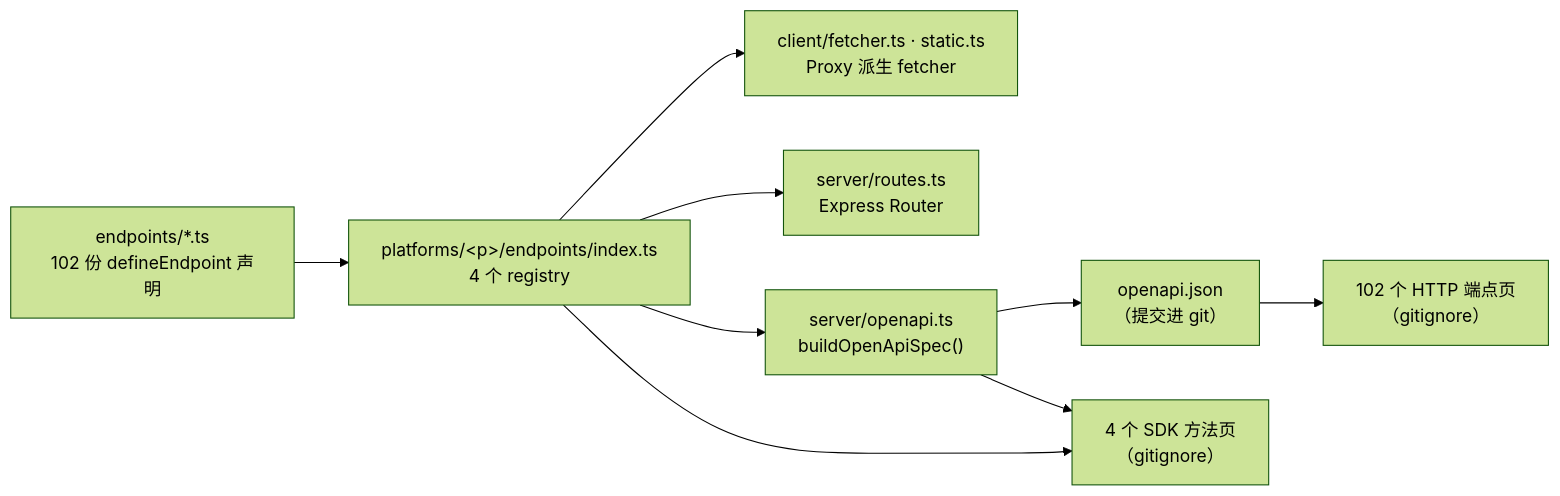
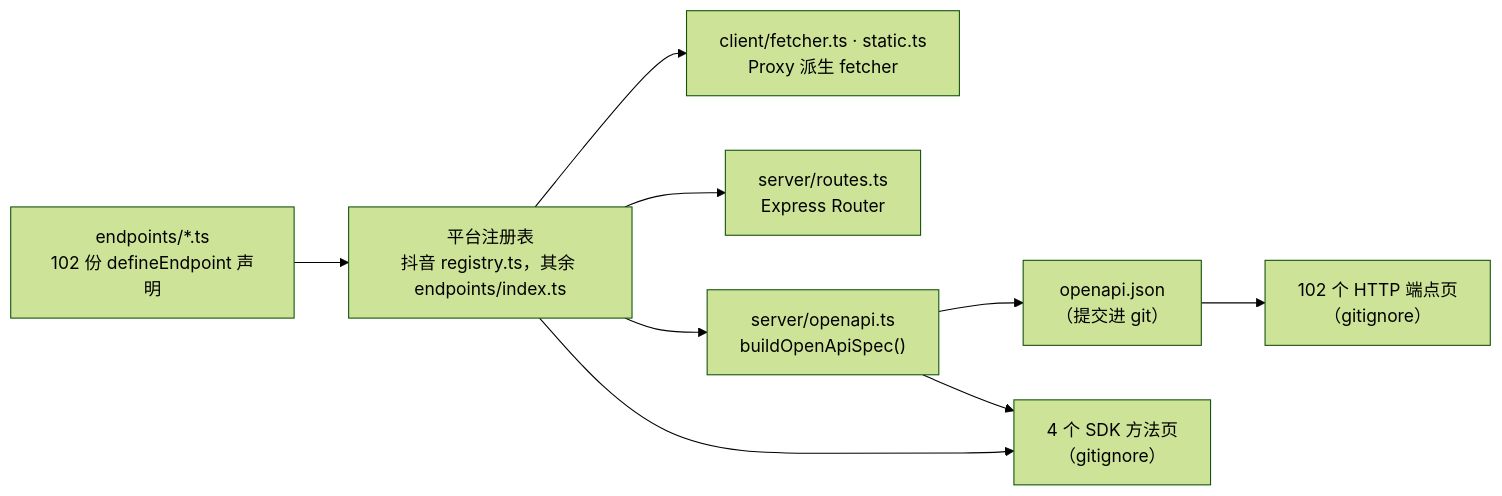
The diagram in packages/docs/content/docs/v7/dev/internals/registry.mdx (ikenxuan/amagi), drawn with Mermaid (forest theme) before and after one commit. The commit also changed other lines of this file and 316 other files, not shown here.

````diff
--- a/packages/docs/content/docs/v7/dev/internals/registry.mdx
+++ b/packages/docs/content/docs/v7/dev/internals/registry.mdx
@@ -75,19 +75,19 @@
 ```mermaid
 flowchart LR
   D["endpoints/*.ts<br/>102 份 defineEndpoint 声明"]
-  R["platforms/&lt;p&gt;/endpoints/index.ts<br/>4 个 registry"]
+  R["平台注册表<br/>抖音 registry.ts，其余 endpoints/index.ts"]
   F["client/fetcher.ts · static.ts<br/>Proxy 派生 fetcher"]
   S["server/routes.ts<br/>Express Router"]
   O["server/openapi.ts<br/>buildOpenApiSpec()"]
   J["openapi.json<br/>（提交进 git）"]
   H["102 个 HTTP 端点页<br/>（gitignore）"]
   K["4 个 SDK 方法页<br/>（gitignore）"]
   D --> R
   R --> F
   R --> S
   R --> O
   O --> J
   J --> H
   R --> K
   O --> K
 ```
````
